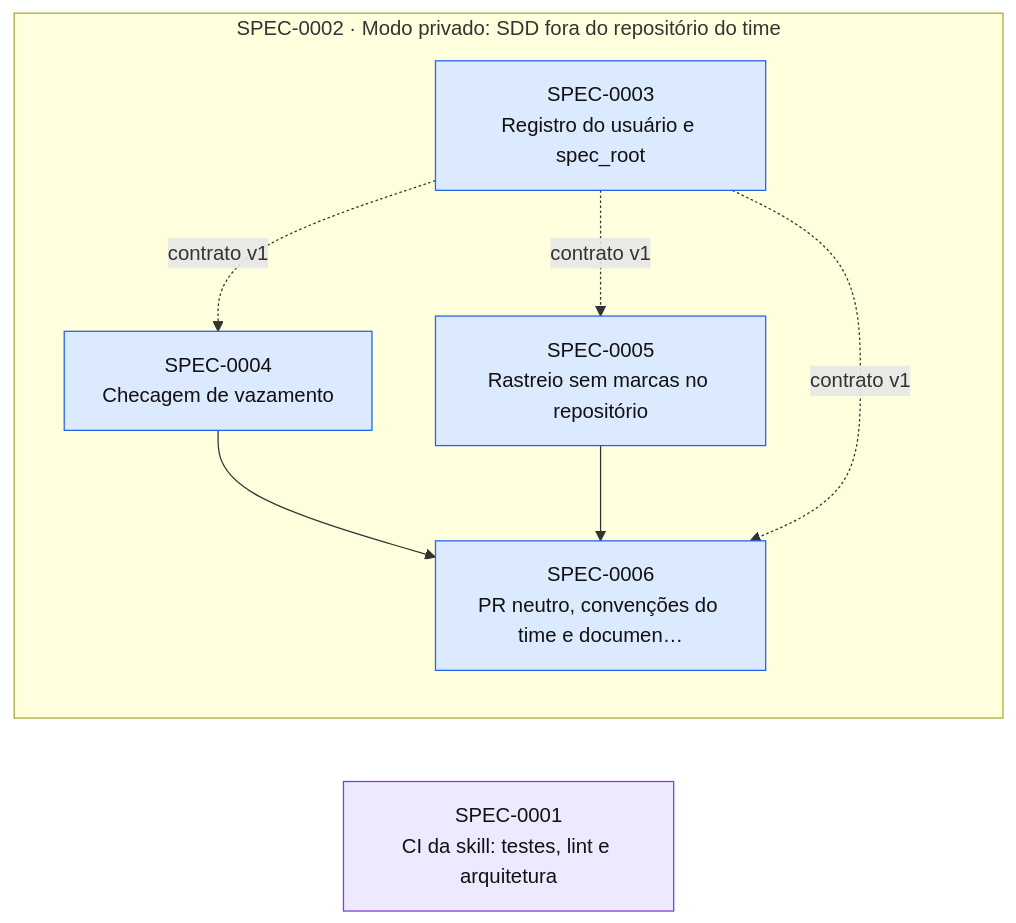
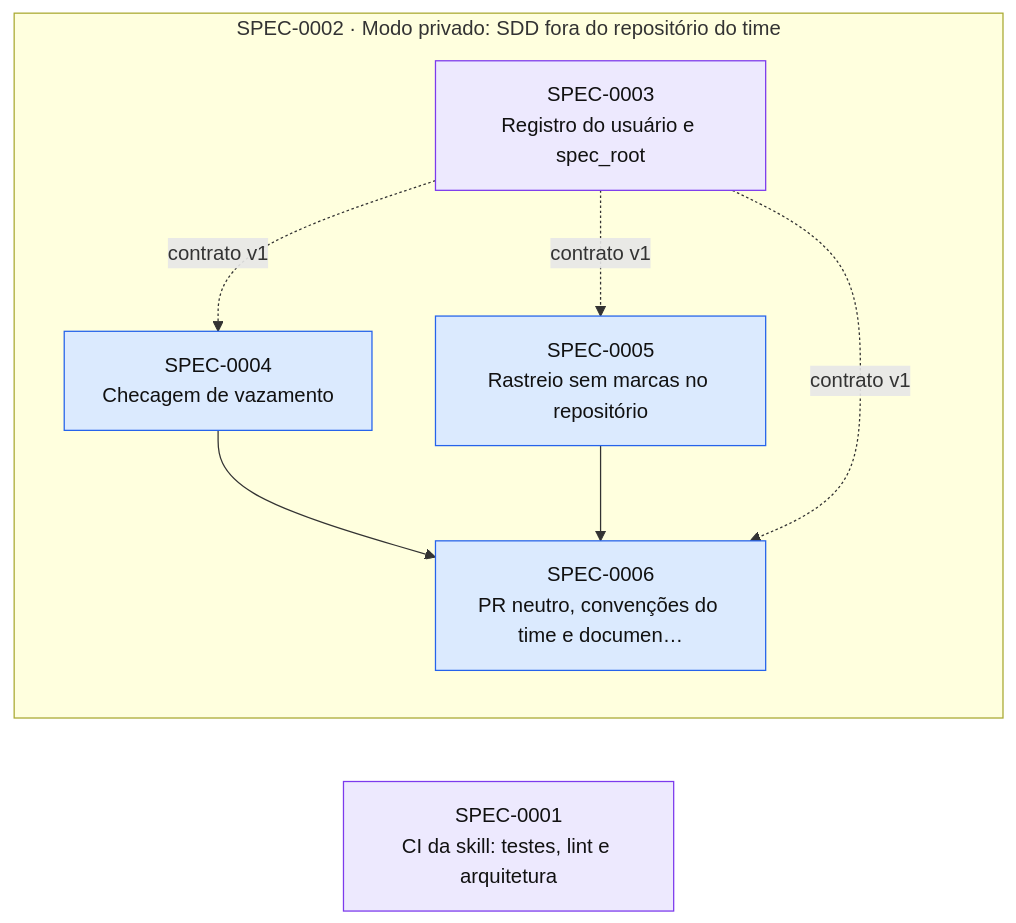
Before and after one commit to thomasravache/ai-dev-brain: the diagram in docs/specs/INDEX.md, drawn with Mermaid. The commit also changed other lines of this file and 2 other files, not shown here.

First line of the commit message:
docs(specs): exceção de onda autorizada e início da SPEC-0003

````diff
--- a/docs/specs/INDEX.md
+++ b/docs/specs/INDEX.md
@@ -54,20 +54,20 @@
 ```mermaid
 flowchart LR
   S0001["SPEC-0001<br/>CI da skill: testes, lint e arquitetura"]:::inprogress
   subgraph E0002["SPEC-0002 · Modo privado: SDD fora do repositório do time"]
-    S0003["SPEC-0003<br/>Registro do usuário e spec_root"]:::approved
+    S0003["SPEC-0003<br/>Registro do usuário e spec_root"]:::inprogress
     S0004["SPEC-0004<br/>Checagem de vazamento"]:::approved
     S0005["SPEC-0005<br/>Rastreio sem marcas no repositório"]:::approved
     S0006["SPEC-0006<br/>PR neutro, convenções do time e documen…"]:::approved
   end
   S0003 -. contrato v1 .-> S0004
   S0003 -. contrato v1 .-> S0005
   S0004 --> S0006
   S0005 --> S0006
   S0003 -. contrato v1 .-> S0006
   classDef proposed fill:#fef3c7,stroke:#d97706,color:#111
   classDef approved fill:#dbeafe,stroke:#2563eb,color:#111
   classDef inprogress fill:#ede9fe,stroke:#7c3aed,color:#111
   classDef implemented fill:#dcfce7,stroke:#16a34a,color:#111
   classDef deprecated fill:#f3f4f6,stroke:#9ca3af,color:#6b7280
 ```
````
